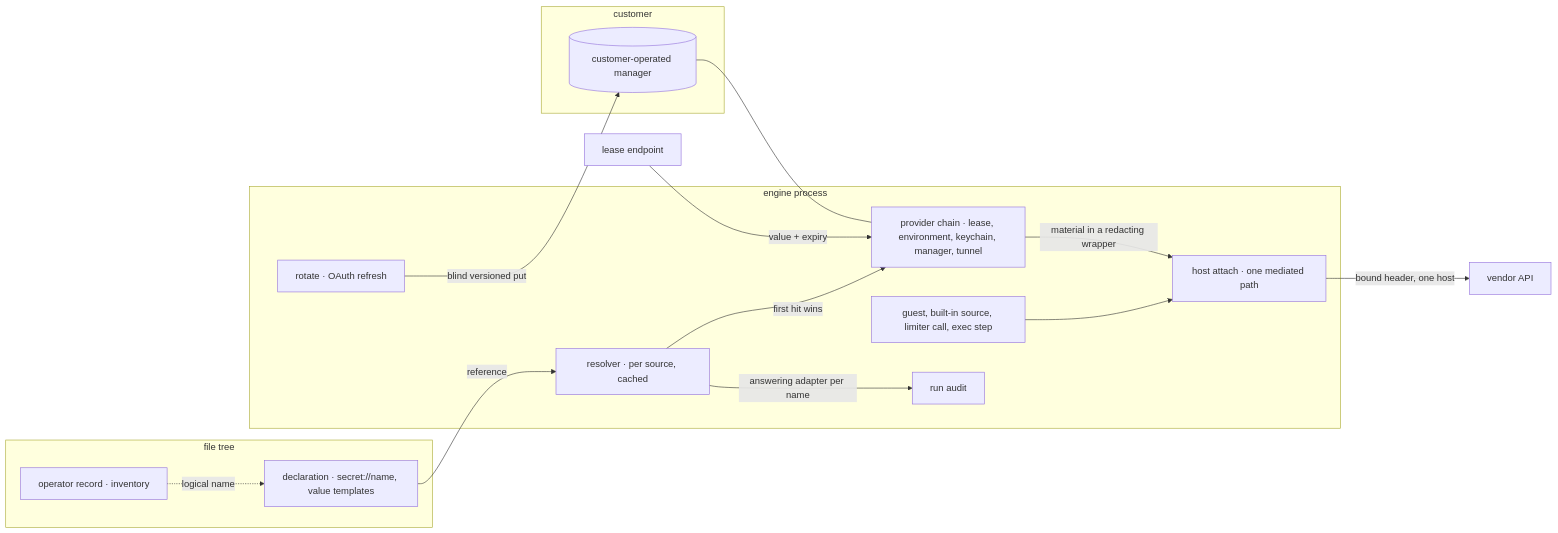
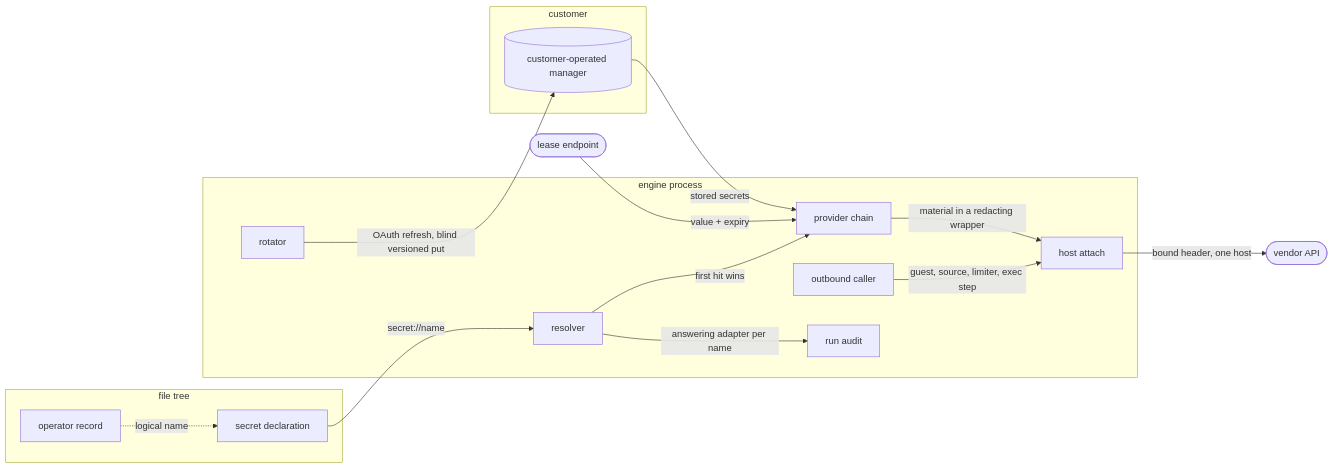
Before and after one commit to fractalboxdev/contextful: the first of 3 diagrams in spec/41-secrets.md, drawn with Mermaid. The commit also changed other lines of this file and 44 other files, not shown here.

First line of the commit message:
spec: diagrams draw entities and flows, and the checker enforces it (#12)

````diff
--- a/spec/41-secrets.md
+++ b/spec/41-secrets.md
@@ -20,30 +20,30 @@
 ```mermaid
 flowchart LR
   subgraph TREE["file tree"]
-    DECL["declaration · secret://name, value templates"]
-    REC["operator record · inventory"]
+    DECL["secret declaration"]
+    REC["operator record"]
   end
   subgraph ENGINE["engine process"]
-    RES["resolver · per source, cached"]
-    CHAIN["provider chain · lease, environment, keychain, manager, tunnel"]
-    ROT["rotate · OAuth refresh"]
-    ATT["host attach · one mediated path"]
-    EGR["guest, built-in source, limiter call, exec step"]
+    RES["resolver"]
+    CHAIN["provider chain"]
+    ROT["rotator"]
+    ATT["host attach"]
+    EGR["outbound caller"]
     AUD["run audit"]
   end
-  MINT["lease endpoint"]
+  MINT(["lease endpoint"])
   subgraph CUST["customer"]
     MGR[("customer-operated manager")]
   end
-  VEND["vendor API"]
-  DECL -->|reference| RES
+  VEND(["vendor API"])
+  DECL -->|"secret://name"| RES
   RES -->|"first hit wins"| CHAIN
   MINT -->|"value + expiry"| CHAIN
-  MGR --- CHAIN
-  ROT -->|"blind versioned put"| MGR
+  MGR -->|"stored secrets"| CHAIN
+  ROT -->|"OAuth refresh, blind versioned put"| MGR
   CHAIN -->|"material in a redacting wrapper"| ATT
-  EGR --> ATT
+  EGR -->|"guest, source, limiter, exec step"| ATT
   ATT -->|"bound header, one host"| VEND
   RES -->|"answering adapter per name"| AUD
   REC -.->|"logical name"| DECL
 ```
````
